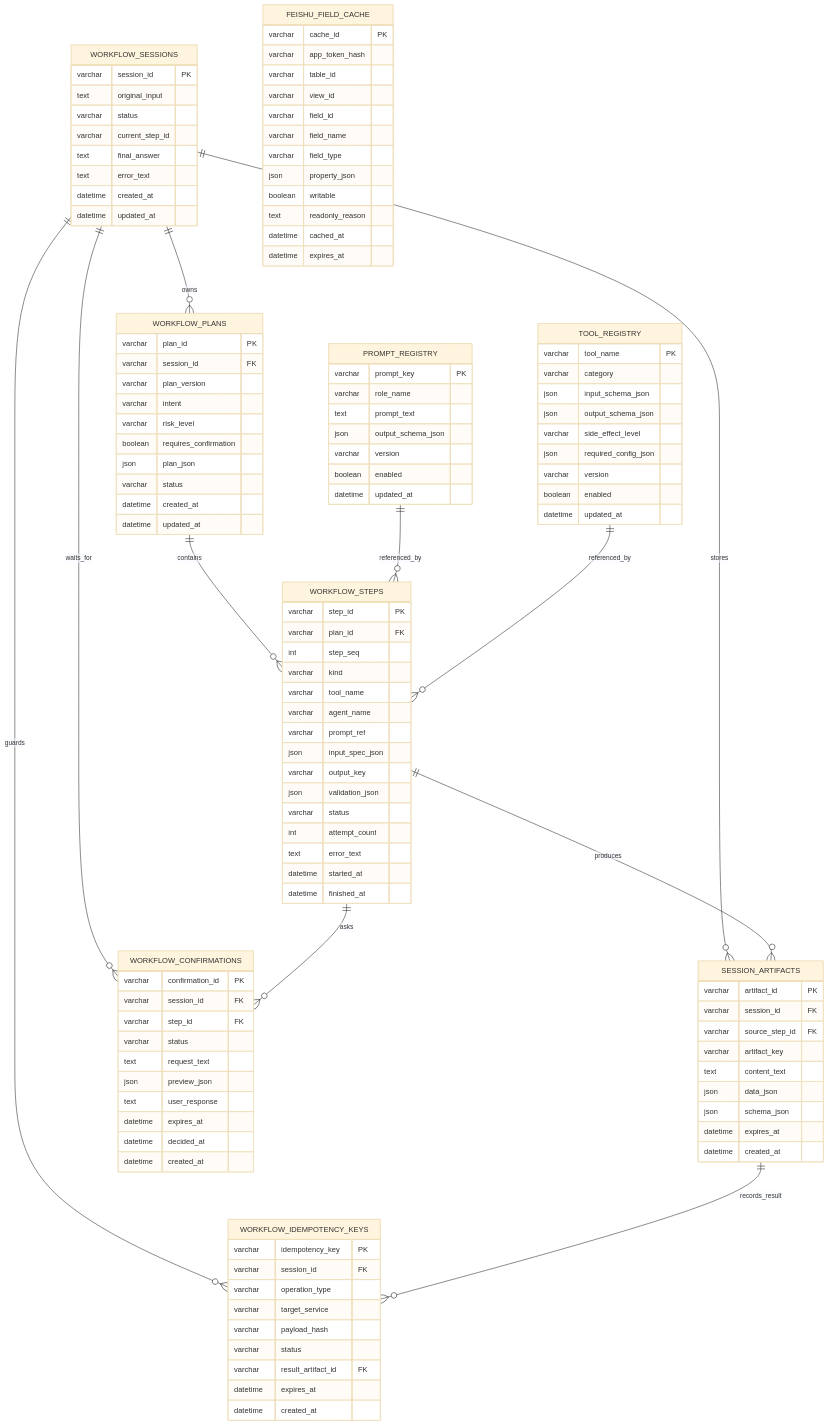
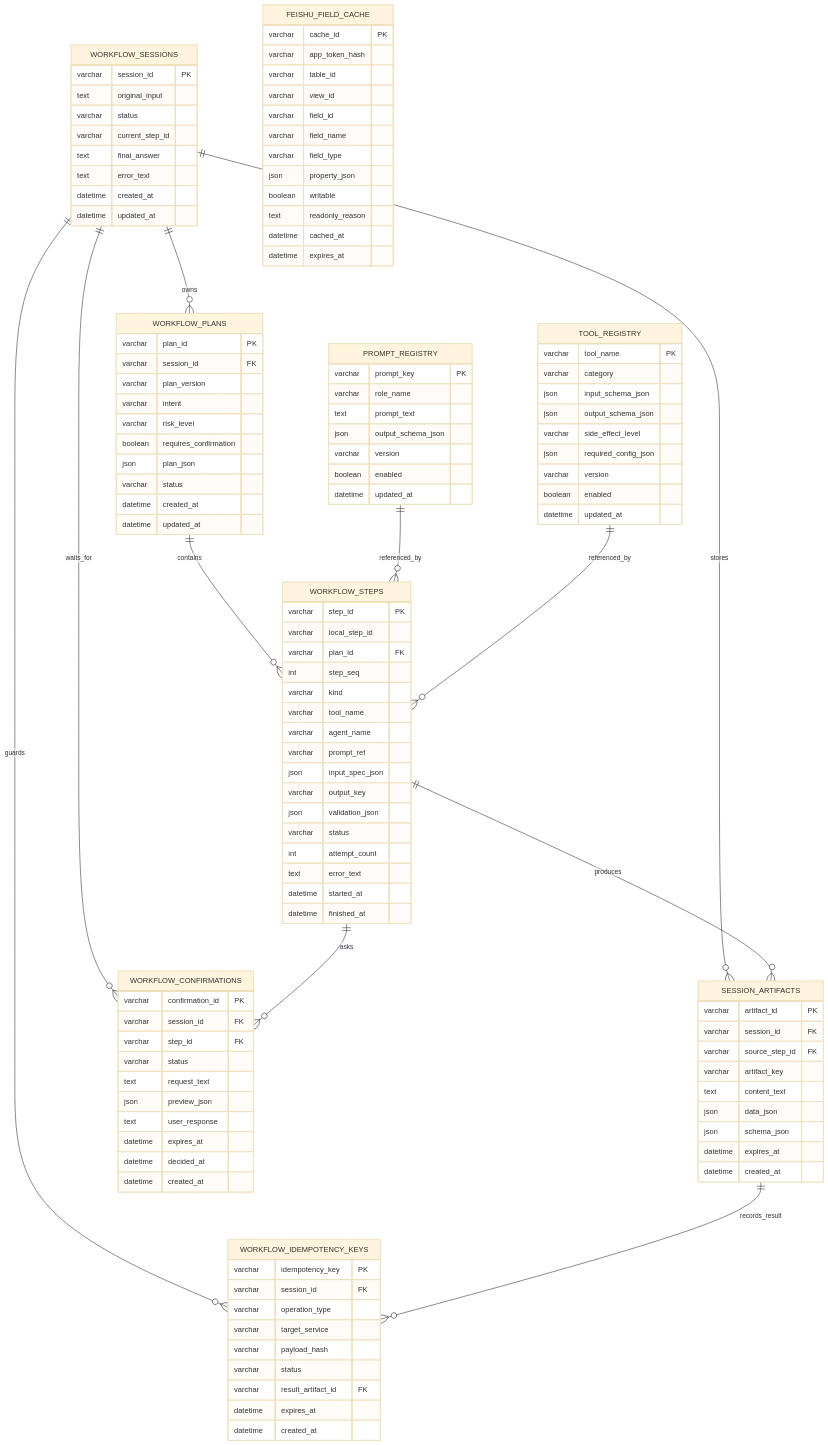
Before and after one commit to 246706510miao-svg/for-mygirl: the diagram in third/docs/workflow-db-er.md, drawn with Mermaid (base theme). The commit also changed other lines of this file and 19 other files, not shown here.

```diff
--- a/third/docs/workflow-db-er.md
+++ b/third/docs/workflow-db-er.md
@@ -43,6 +43,7 @@
 
     WORKFLOW_STEPS {
         varchar step_id PK
+        varchar local_step_id
         varchar plan_id FK
         int step_seq
         varchar kind
```
